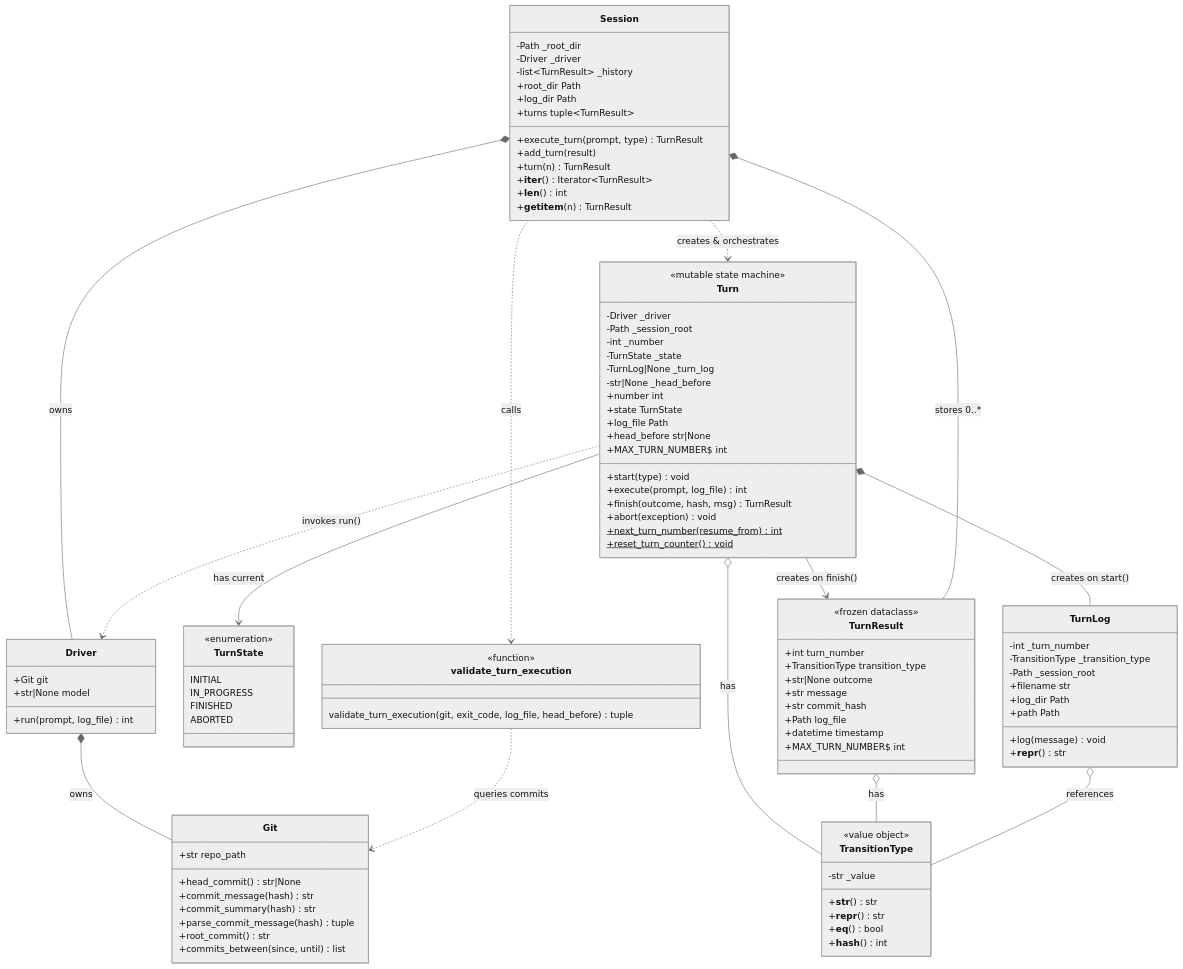
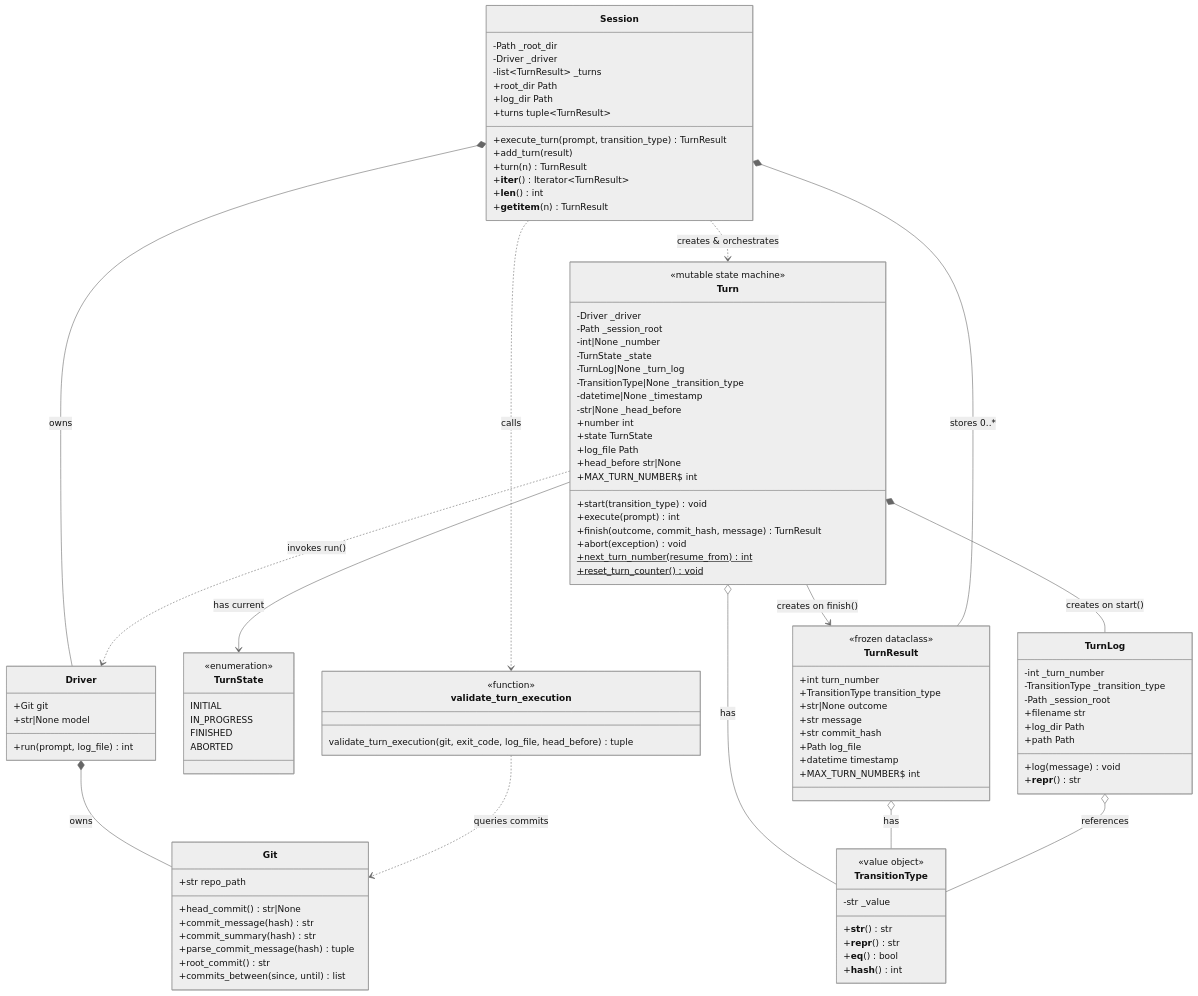
The diagram in docs/domain-model.md (alexeyv/afk), drawn with Mermaid (neutral theme) before and after one commit. The commit also changed other lines of this file, not shown here.

Commit message:
refactor: Update domain model by adding `transition_type` and `timestamp` to `Turn`, refining method parameters, and simplifying `Turn.execute`

```diff
--- a/docs/domain-model.md
+++ b/docs/domain-model.md
@@ -59,17 +59,19 @@
         <<mutable state machine>>
         -Driver _driver
         -Path _session_root
-        -int _number
+        -int|None _number
         -TurnState _state
         -TurnLog|None _turn_log
+        -TransitionType|None _transition_type
+        -datetime|None _timestamp
         -str|None _head_before
         +number int
         +state TurnState
         +log_file Path
         +head_before str|None
-        +start(type) void
-        +execute(prompt, log_file) int
-        +finish(outcome, hash, msg) TurnResult
+        +start(transition_type) void
+        +execute(prompt) int
+        +finish(outcome, commit_hash, message) TurnResult
         +abort(exception) void
         +next_turn_number(resume_from)$ int
         +reset_turn_counter()$ void
@@ -90,11 +92,11 @@
     class Session {
         -Path _root_dir
         -Driver _driver
-        -list~TurnResult~ _history
+        -list~TurnResult~ _turns
         +root_dir Path
         +log_dir Path
         +turns tuple~TurnResult~
-        +execute_turn(prompt, type) TurnResult
+        +execute_turn(prompt, transition_type) TurnResult
         +add_turn(result)
         +turn(n) TurnResult
         +__iter__() Iterator~TurnResult~
```
